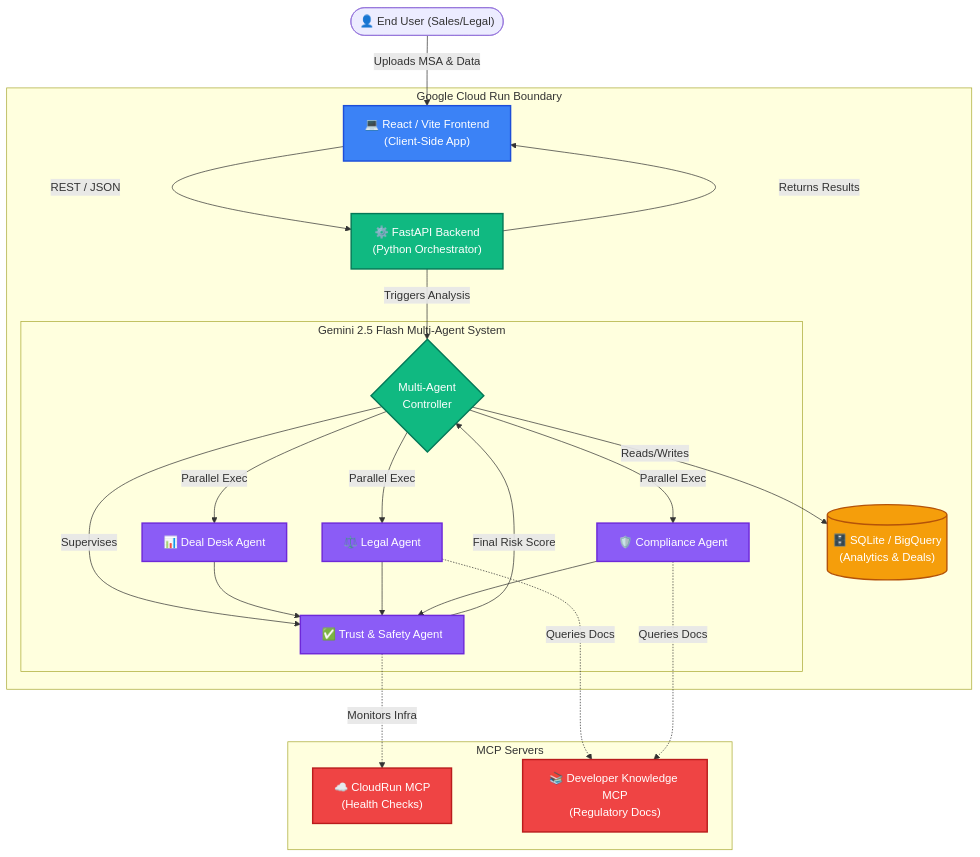
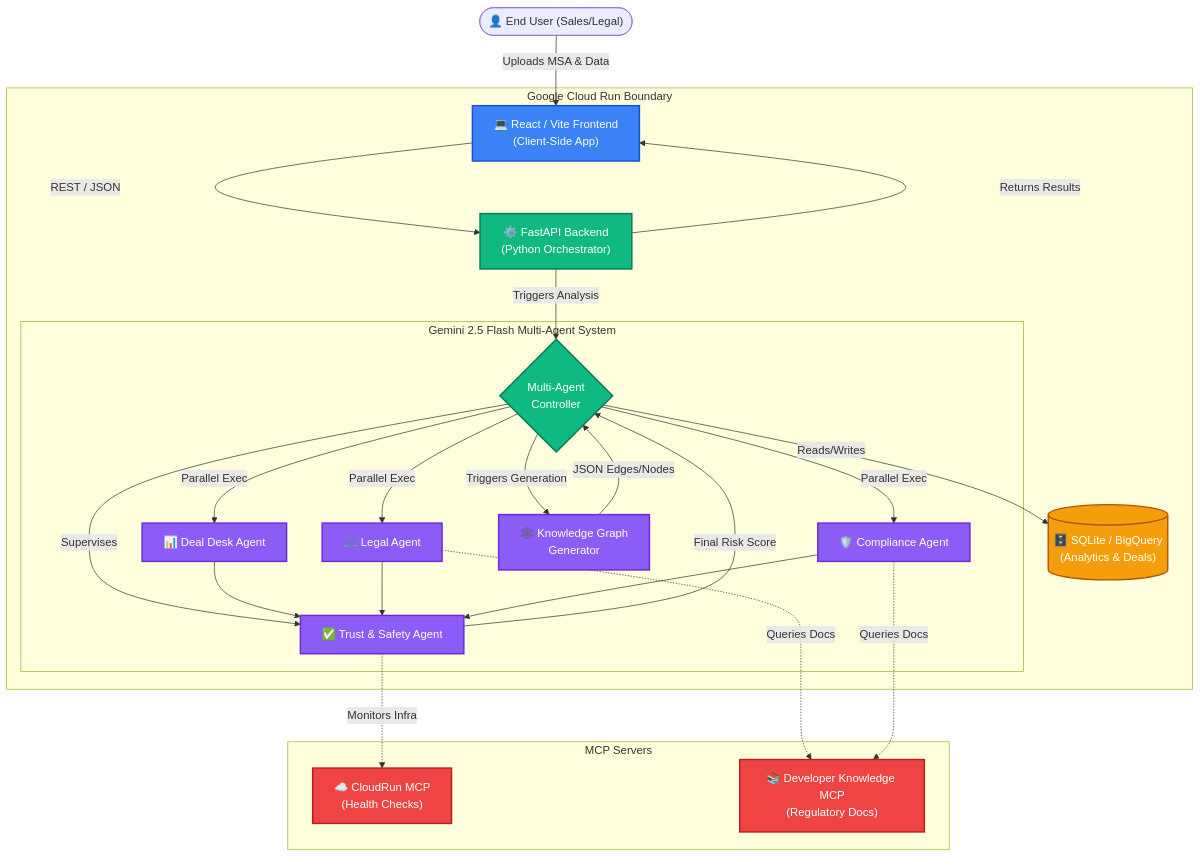
Before and after one commit to harleenkr/dealgraph-ai: the second of 2 diagrams in README.md, drawn with Mermaid. The commit also changed other lines of this file, not shown here.

Commit message:
Add Knowledge Graph sequence diagram and update main architecture diagram

````diff
--- a/README.md
+++ b/README.md
@@ -135,51 +150,55 @@
 ```mermaid
 graph TD
     %% Define Styles
     classDef frontend fill:#3b82f6,stroke:#1d4ed8,stroke-width:2px,color:#fff;
     classDef backend fill:#10b981,stroke:#047857,stroke-width:2px,color:#fff;
     classDef agent fill:#8b5cf6,stroke:#6d28d9,stroke-width:2px,color:#fff;
     classDef database fill:#f59e0b,stroke:#b45309,stroke-width:2px,color:#fff;
     classDef external fill:#ef4444,stroke:#b91c1c,stroke-width:2px,color:#fff;
 
     %% Nodes
     User(["👤 End User (Sales/Legal)"])
     
     subgraph "Google Cloud Run Boundary"
         UI["💻 React / Vite Frontend<br>(Client-Side App)"]:::frontend
         API["⚙️ FastAPI Backend<br>(Python Orchestrator)"]:::backend
         
         subgraph "Gemini 2.5 Flash Multi-Agent System"
             Orchestrator{"Multi-Agent<br>Controller"}:::backend
             A1["📊 Deal Desk Agent"]:::agent
             A2["⚖️ Legal Agent"]:::agent
             A3["🛡️ Compliance Agent"]:::agent
             A4["✅ Trust & Safety Agent"]:::agent
+            KG["🕸️ Knowledge Graph<br>Generator"]:::agent
         end
         
         DB[("🗄️ SQLite / BigQuery<br>(Analytics & Deals)")]:::database
     end
     
     subgraph "MCP Servers"
         MCP1["☁️ CloudRun MCP<br>(Health Checks)"]:::external
         MCP2["📚 Developer Knowledge MCP<br>(Regulatory Docs)"]:::external
     end
     
     %% Relationships
     User -- "Uploads MSA & Data" --> UI
     UI -- "REST / JSON" --> API
     API -- "Triggers Analysis" --> Orchestrator
     
     Orchestrator -- "Parallel Exec" --> A1
     Orchestrator -- "Parallel Exec" --> A2
     Orchestrator -- "Parallel Exec" --> A3
     Orchestrator -- "Supervises" --> A4
     
     A1 & A2 & A3 --> A4
     A4 -- "Final Risk Score" --> Orchestrator
     
+    Orchestrator -- "Triggers Generation" --> KG
+    KG -- "JSON Edges/Nodes" --> Orchestrator
+    
     Orchestrator -- "Reads/Writes" --> DB
     API -- "Returns Results" --> UI
     
     A2 & A3 -. "Queries Docs" .-> MCP2
     A4 -. "Monitors Infra" .-> MCP1
 ```
````
